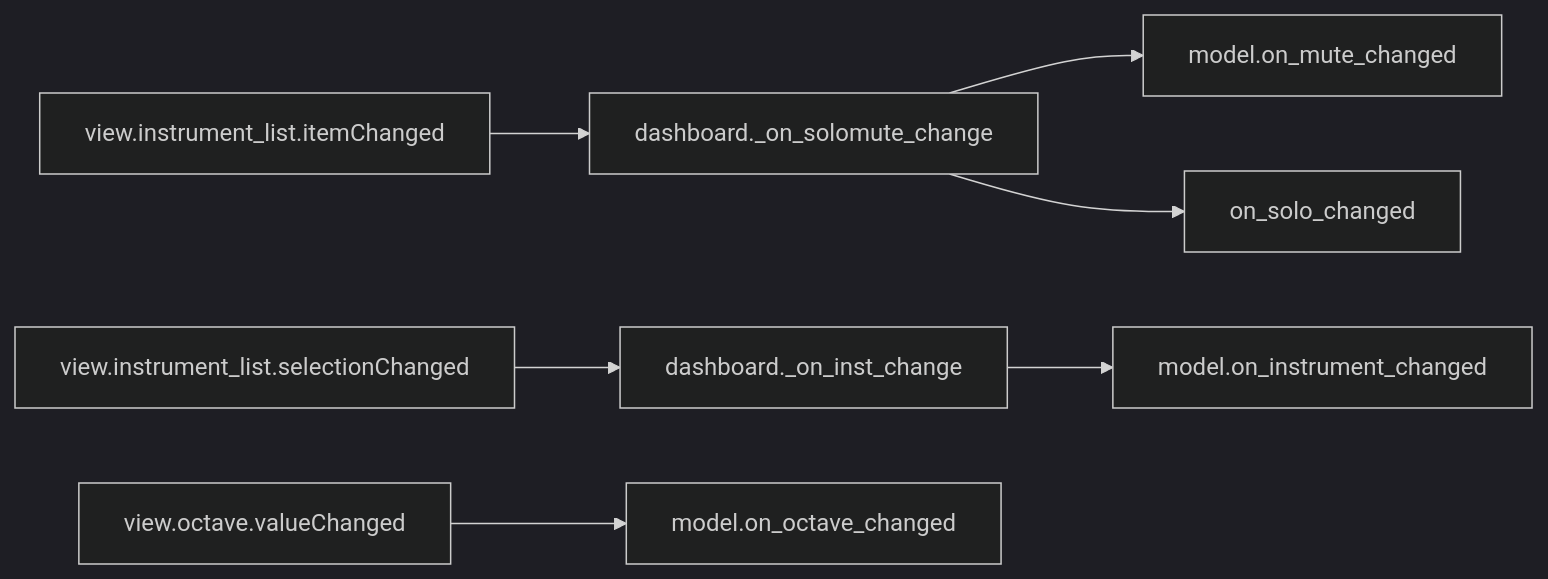
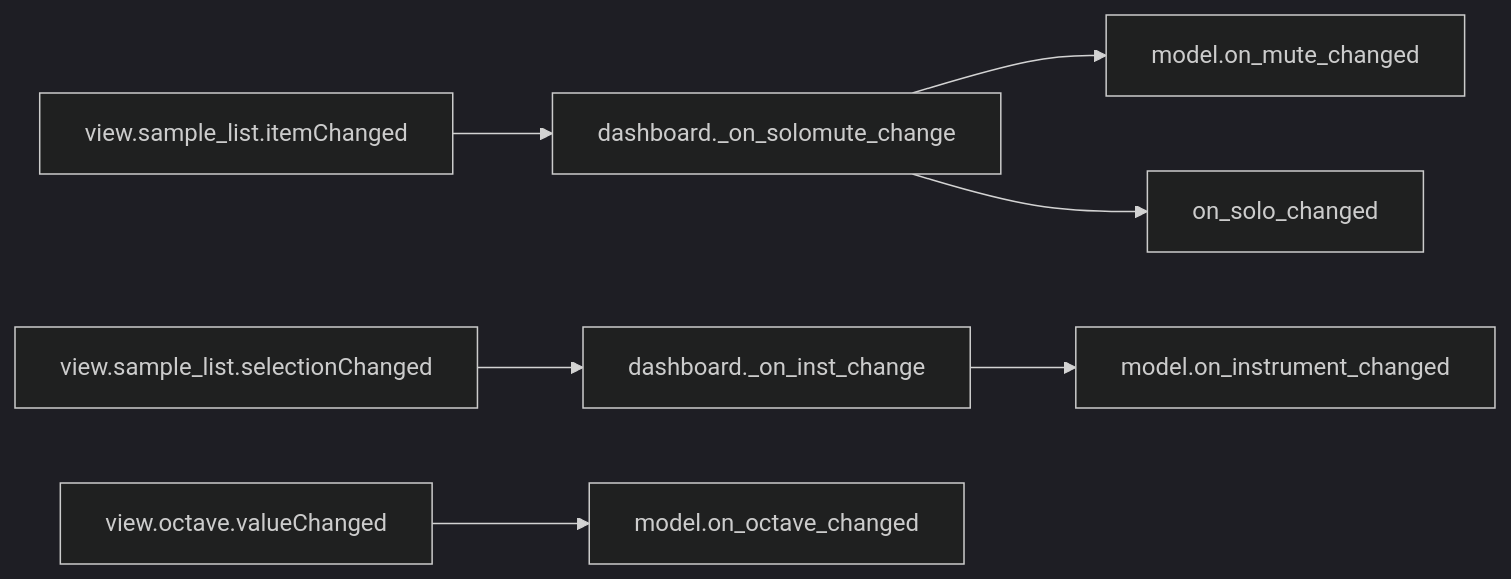
The fourth of 9 diagrams in doc/source/dashboard_signal_slot_map.rst (com-posers-pit/smw_music), drawn with Mermaid (dark theme) before and after one commit. The commit also changed 7 other files, not shown here.

```diff
--- a/doc/source/dashboard_signal_slot_map.rst
+++ b/doc/source/dashboard_signal_slot_map.rst
@@ -89,6 +89,6 @@
 .. mermaid::
 
    flowchart LR
-      view.instrument_list.itemChanged --> dashboard._on_solomute_change --> model.on_mute_changed & on_solo_changed
-      view.instrument_list.selectionChanged --> dashboard._on_inst_change --> model.on_instrument_changed
+      view.sample_list.itemChanged --> dashboard._on_solomute_change --> model.on_mute_changed & on_solo_changed
+      view.sample_list.selectionChanged --> dashboard._on_inst_change --> model.on_instrument_changed
       view.octave.valueChanged --> model.on_octave_changed
```
